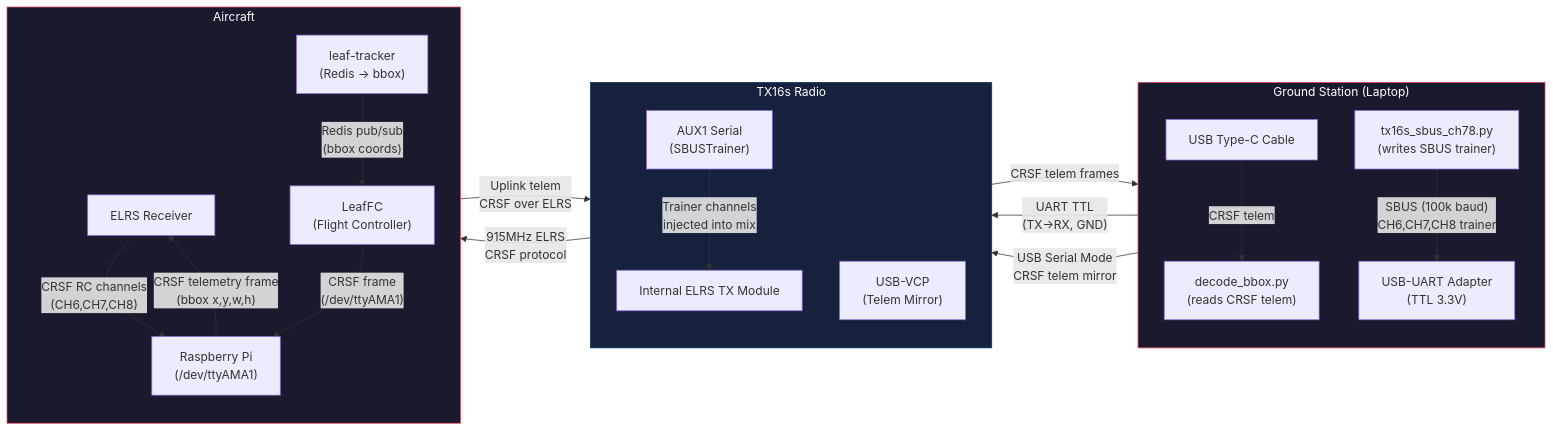
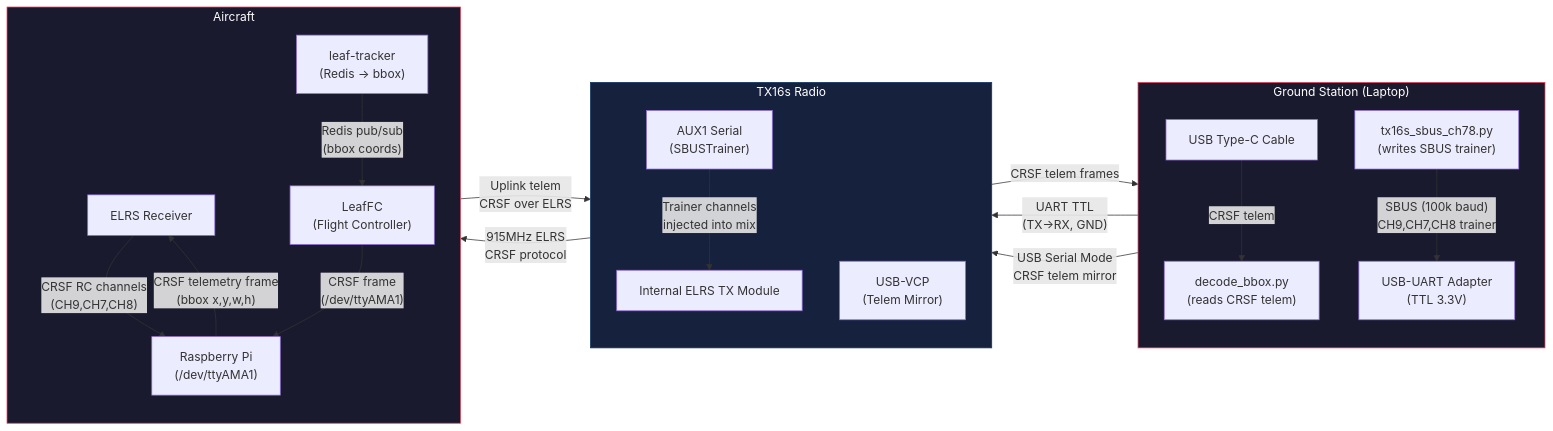
One commit to DroneLeaf/HEAR_wiki changed the first of 2 diagrams in Guide/HEAR Software/LeafFC-racer-project/ground-station-architecture/README.md. Above: the diagram before and after it, drawn with Mermaid. The commit also changed other lines of this file, not shown here.

Commit message:
fix: update trainer channel references from CH6 to CH9 in telemetry architecture

````diff
--- a/Guide/HEAR Software/LeafFC-racer-project/ground-station-architecture/README.md
+++ b/Guide/HEAR Software/LeafFC-racer-project/ground-station-architecture/README.md
@@ -21,45 +21,45 @@
 ```mermaid
 flowchart LR
     subgraph GS["Ground Station (Laptop)"]
         direction TB
         decode["decode_bbox.py\n(reads CRSF telem)"]
         sbus["tx16s_sbus_ch78.py\n(writes SBUS trainer)"]
         usb_uart["USB-UART Adapter\n(TTL 3.3V)"]
         usb_c["USB Type-C Cable"]
     end
 
     subgraph TX["TX16s Radio"]
         direction TB
         aux1["AUX1 Serial\n(SBUSTrainer)"]
         vcp["USB-VCP\n(Telem Mirror)"]
         elrs_tx["Internal ELRS TX Module"]
     end
 
     subgraph AIR["Aircraft"]
         direction TB
         elrs_rx["ELRS Receiver"]
         rpi["Raspberry Pi\n(/dev/ttyAMA1)"]
         leaffc["LeafFC\n(Flight Controller)"]
         tracker["leaf-tracker\n(Redis → bbox)"]
     end
 
-    sbus -- "SBUS (100k baud)\nCH6,CH7,CH8 trainer" --> usb_uart
+    sbus -- "SBUS (100k baud)\nCH9,CH7,CH8 trainer" --> usb_uart
     usb_uart -- "UART TTL\n(TX→RX, GND)" --> aux1
     usb_c -- "USB Serial Mode\nCRSF telem mirror" --> vcp
     vcp -- "CRSF telem frames" --> usb_c
     usb_c -- "CRSF telem" --> decode
 
     aux1 -- "Trainer channels\ninjected into mix" --> elrs_tx
     elrs_tx -- "915MHz ELRS\nCRSF protocol" --> elrs_rx
-    elrs_rx -- "CRSF RC channels\n(CH6,CH7,CH8)" --> rpi
+    elrs_rx -- "CRSF RC channels\n(CH9,CH7,CH8)" --> rpi
 
     rpi -- "CRSF telemetry frame\n(bbox x,y,w,h)" --> elrs_rx
     elrs_rx -- "Uplink telem\nCRSF over ELRS" --> elrs_tx
 
     tracker -- "Redis pub/sub\n(bbox coords)" --> leaffc
     leaffc -- "CRSF frame\n(/dev/ttyAMA1)" --> rpi
 
     style GS fill:#1a1a2e,stroke:#e94560,color:#fff
     style TX fill:#16213e,stroke:#0f3460,color:#fff
     style AIR fill:#1a1a2e,stroke:#e94560,color:#fff
 ```
````
